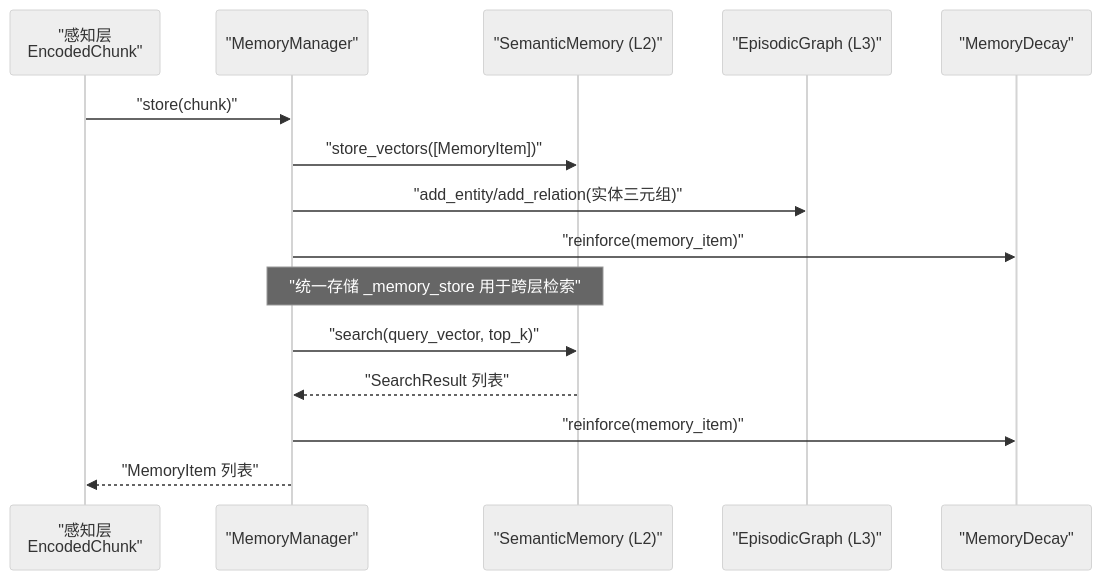
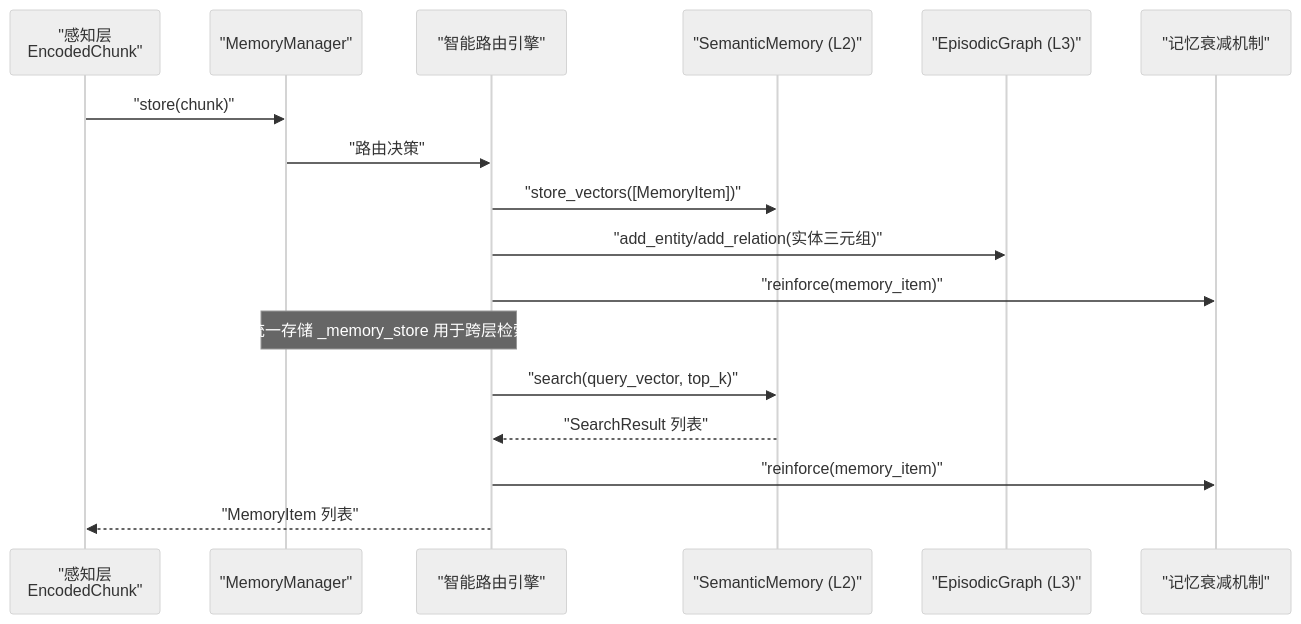
The second of 12 diagrams in .qoder/repowiki/zh/content/记忆管理层/记忆管理层.md (JieGaoPrinceton/NecoRAG), drawn with Mermaid (neutral theme) before and after one commit. The commit also changed other lines of this file and 82 other files, not shown here.

````diff
--- a/.qoder/repowiki/zh/content/记忆管理层/记忆管理层.md
+++ b/.qoder/repowiki/zh/content/记忆管理层/记忆管理层.md
@@ -88,17 +118,19 @@
 ```mermaid
 sequenceDiagram
 participant Per as "感知层<br/>EncodedChunk"
 participant MM as "MemoryManager"
+participant SRE as "智能路由引擎"
 participant SM as "SemanticMemory (L2)"
 participant EG as "EpisodicGraph (L3)"
-participant DEC as "MemoryDecay"
+participant DEC as "记忆衰减机制"
 Per->>MM : "store(chunk)"
-MM->>SM : "store_vectors([MemoryItem])"
-MM->>EG : "add_entity/add_relation(实体三元组)"
-MM->>DEC : "reinforce(memory_item)"
-Note over MM,SM : "统一存储 _memory_store 用于跨层检索"
-MM->>SM : "search(query_vector, top_k)"
-SM-->>MM : "SearchResult 列表"
-MM->>DEC : "reinforce(memory_item)"
-MM-->>Per : "MemoryItem 列表"
+MM->>SRE : "路由决策"
+SRE->>SM : "store_vectors([MemoryItem])"
+SRE->>EG : "add_entity/add_relation(实体三元组)"
+SRE->>DEC : "reinforce(memory_item)"
+Note over MM,SRE : "统一存储 _memory_store 用于跨层检索"
+SRE->>SM : "search(query_vector, top_k)"
+SM-->>SRE : "SearchResult 列表"
+SRE->>DEC : "reinforce(memory_item)"
+SRE-->>Per : "MemoryItem 列表"
 ```
````
